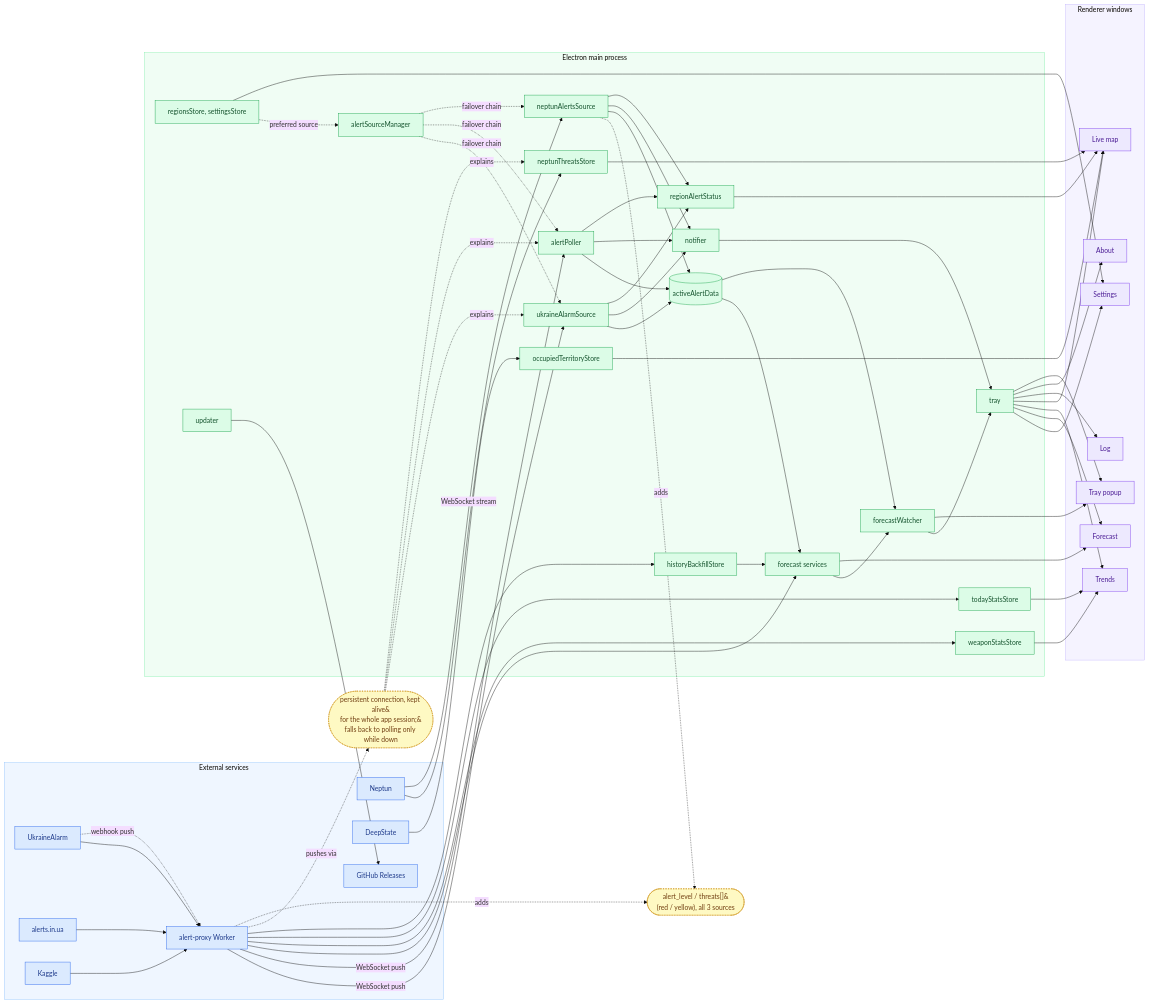
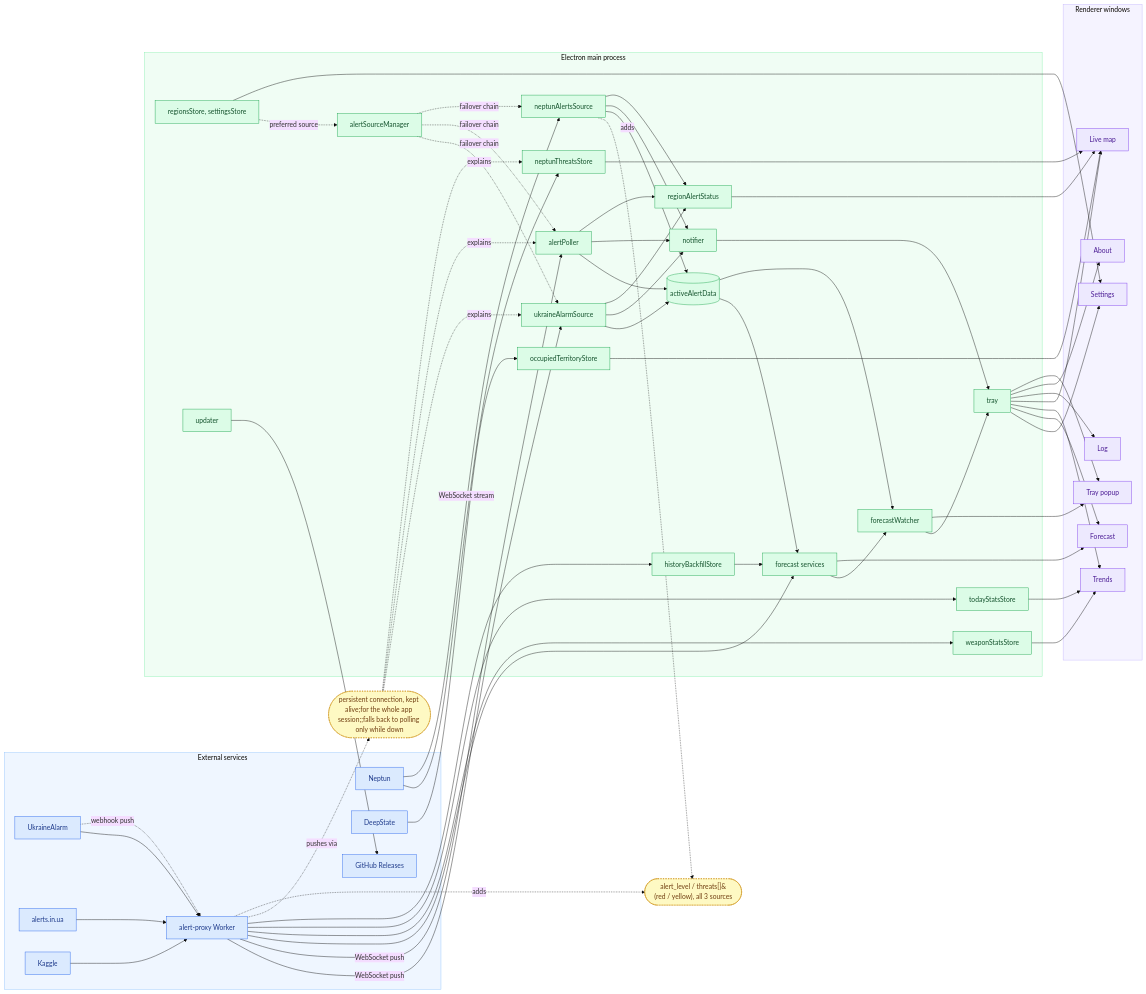
Before and after one commit to sergeiown/Alert_Server: the diagram in docs/diagrams/architecture-en.mmd, drawn with Mermaid (base theme).

Commit message:
Fix formatting in architecture diagram notes

```diff
--- a/docs/diagrams/architecture-en.mmd
+++ b/docs/diagrams/architecture-en.mmd
@@ -1,119 +1,119 @@
 flowchart LR
     subgraph ext[External services]
         ukrainealarm[UkraineAlarm]
         api[alerts.in.ua]
         proxy[alert-proxy Worker]
         neptun[Neptun]
         deepstate[DeepState]
         kaggle[Kaggle]
         gh[GitHub Releases]
     end
 
     subgraph main[Electron main process]
         sourceManager[alertSourceManager]
         uaSource[ukraineAlarmSource]
         poller[alertPoller]
         altSource[neptunAlertsSource]
         threatsStore[neptunThreatsStore]
         activeData[(activeAlertData)]
         notifier[notifier]
         regionStatus[regionAlertStatus]
         todayStats[todayStatsStore]
         historyBackfill[historyBackfillStore]
         occupied[occupiedTerritoryStore]
         forecast[forecast services]
         watcher[forecastWatcher]
         weaponStats[weaponStatsStore]
         tray[tray]
         stores[regionsStore, settingsStore]
         updater[updater]
     end
 
     subgraph win[Renderer windows]
         settingsWin[Settings]
         forecastWin[Forecast]
         trendsWin[Trends]
         liveMapWin[Live map]
         popup[Tray popup]
         logWin[Log]
         aboutWin[About]
     end
 
     ukrainealarm --> proxy
     ukrainealarm -. webhook push .-> proxy
     api --> proxy
     kaggle --> proxy
     proxy -->|WebSocket push| uaSource
     proxy -->|WebSocket push| poller
     proxy --> forecast
     proxy --> weaponStats
     proxy --> todayStats
     proxy --> historyBackfill
     deepstate --> occupied
     neptun -->|WebSocket stream| threatsStore
     neptun --> altSource
 
-    pushNote(["persistent connection, kept alive&#10;for the whole app session;&#10;falls back to polling only while down"])
+    pushNote(["persistent connection, kept alive;for the whole app session;;falls back to polling only while down"])
     proxy -. pushes via .-> pushNote
     pushNote -. explains .-> uaSource
     pushNote -. explains .-> poller
     pushNote -. explains .-> threatsStore
 
     levelNote(["alert_level / threats[]&#10;(red / yellow), all 3 sources"])
     proxy -. adds .-> levelNote
     altSource -. adds .-> levelNote
 
     stores -. preferred source .-> sourceManager
     sourceManager -. failover chain .-> uaSource
     sourceManager -. failover chain .-> poller
     sourceManager -. failover chain .-> altSource
     uaSource --> activeData
     poller --> activeData
     altSource --> activeData
     uaSource --> notifier
     poller --> notifier
     altSource --> notifier
     uaSource --> regionStatus
     poller --> regionStatus
     altSource --> regionStatus
     notifier --> tray
 
     activeData --> forecast
     activeData --> watcher
     historyBackfill --> forecast
     forecast --> watcher
     watcher --> tray
     watcher --> popup
 
     regionStatus --> liveMapWin
     threatsStore --> liveMapWin
     occupied --> liveMapWin
     weaponStats --> trendsWin
     todayStats --> trendsWin
 
     stores --> settingsWin
     forecast --> forecastWin
 
     tray --> settingsWin
     tray --> forecastWin
     tray --> trendsWin
     tray --> liveMapWin
     tray --> logWin
     tray --> aboutWin
     tray --> popup
 
     updater --> gh
 
     classDef extNode fill:#dbeafe,stroke:#2563eb,color:#1e3a8a
     classDef mainNode fill:#dcfce7,stroke:#16a34a,color:#14532d
     classDef winNode fill:#ede9fe,stroke:#7c3aed,color:#4c1d95
     classDef noteNode fill:#fef9c3,stroke:#ca8a04,color:#713f12,stroke-dasharray:3 3
 
     class ukrainealarm,api,proxy,neptun,deepstate,kaggle,gh extNode
     class sourceManager,uaSource,poller,altSource,threatsStore,activeData,notifier,regionStatus,todayStats,historyBackfill,occupied,forecast,watcher,weaponStats,tray,stores,updater mainNode
     class settingsWin,forecastWin,trendsWin,liveMapWin,popup,logWin,aboutWin winNode
     class levelNote,pushNote noteNode
 
     style ext fill:#eff6ff,stroke:#93c5fd
     style main fill:#f0fdf4,stroke:#86efac
     style win fill:#f5f3ff,stroke:#c4b5fd
```
